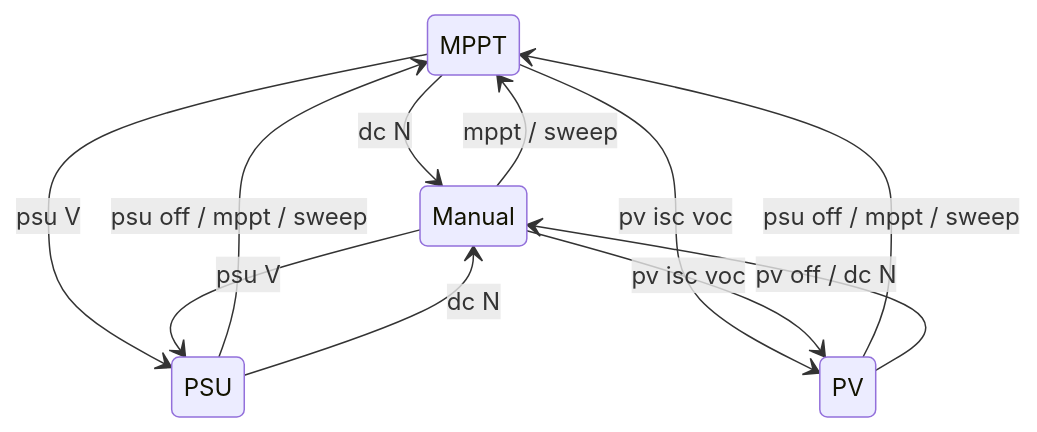
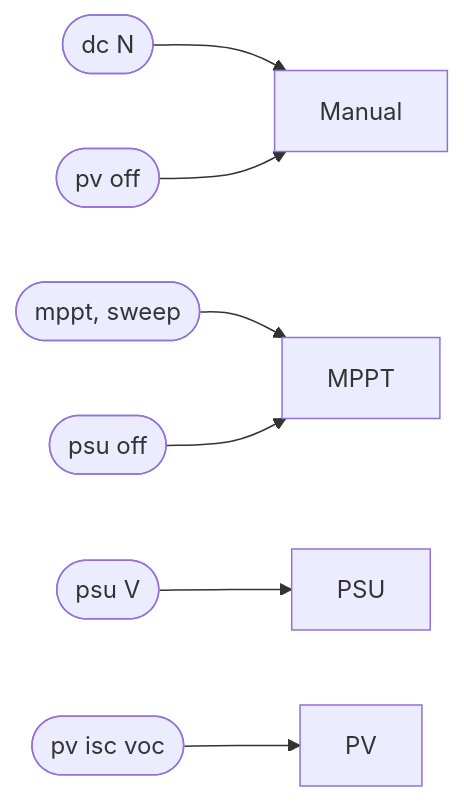
The diagram in website/docs/guide/operating-modes.md (fl4p/fugu-mppt-firmware), drawn with Mermaid before and after one commit. The commit also changed other lines of this file and 1 other file, not shown here.

Commit message:
docs: OTA rollback and operating modes diagrams: short edge labels; the modes diagram shows which mode each command selects

````diff
--- a/website/docs/guide/operating-modes.md
+++ b/website/docs/guide/operating-modes.md
@@ -45,13 +45,9 @@
 ```mermaid
-stateDiagram-v2
-  MPPT --> Manual: dc N
-  Manual --> MPPT: mppt / sweep
-  MPPT --> PSU: psu V
-  Manual --> PSU: psu V
-  MPPT --> PV: pv isc voc
-  Manual --> PV: pv isc voc
-  PSU --> MPPT: psu off / mppt / sweep
-  PV --> MPPT: psu off / mppt / sweep
-  PSU --> Manual: dc N
-  PV --> Manual: pv off / dc N
+flowchart LR
+  dc(["dc N"]) --> Manual
+  pvoff(["pv off"]) --> Manual
+  mppt(["mppt, sweep"]) --> MPPT
+  psuoff(["psu off"]) --> MPPT
+  psu(["psu V"]) --> PSU
+  pv(["pv isc voc"]) --> PV
 ```
````
